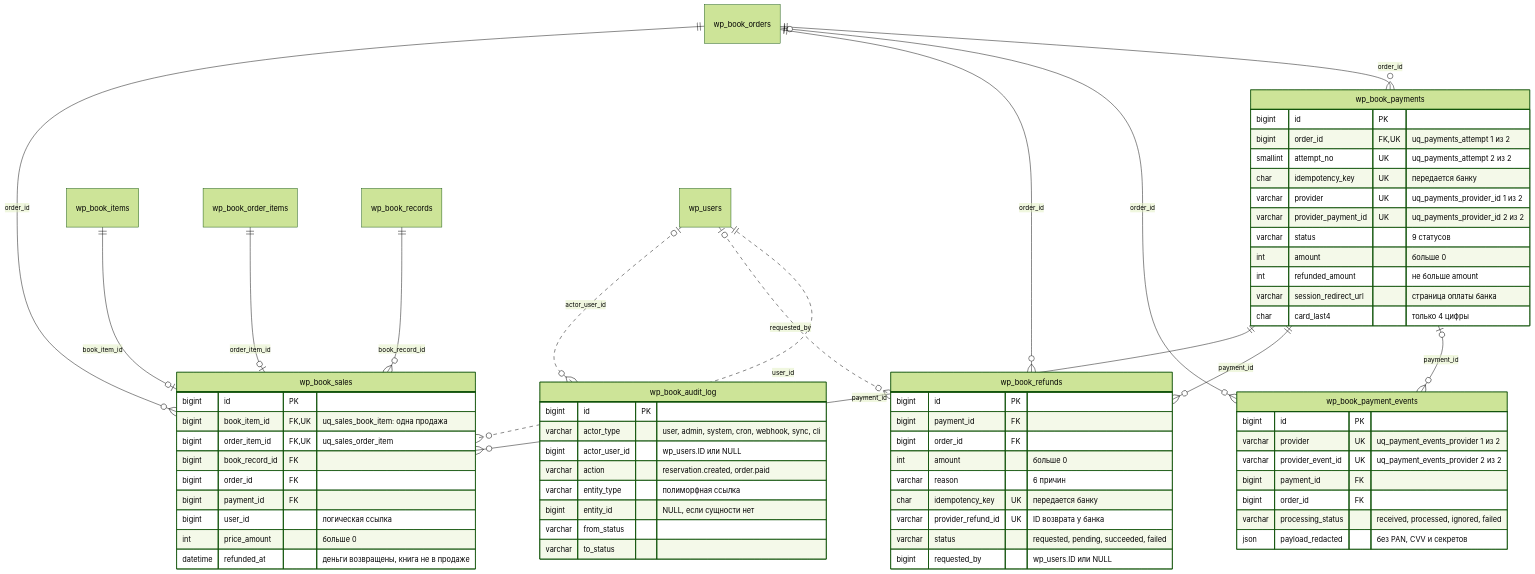
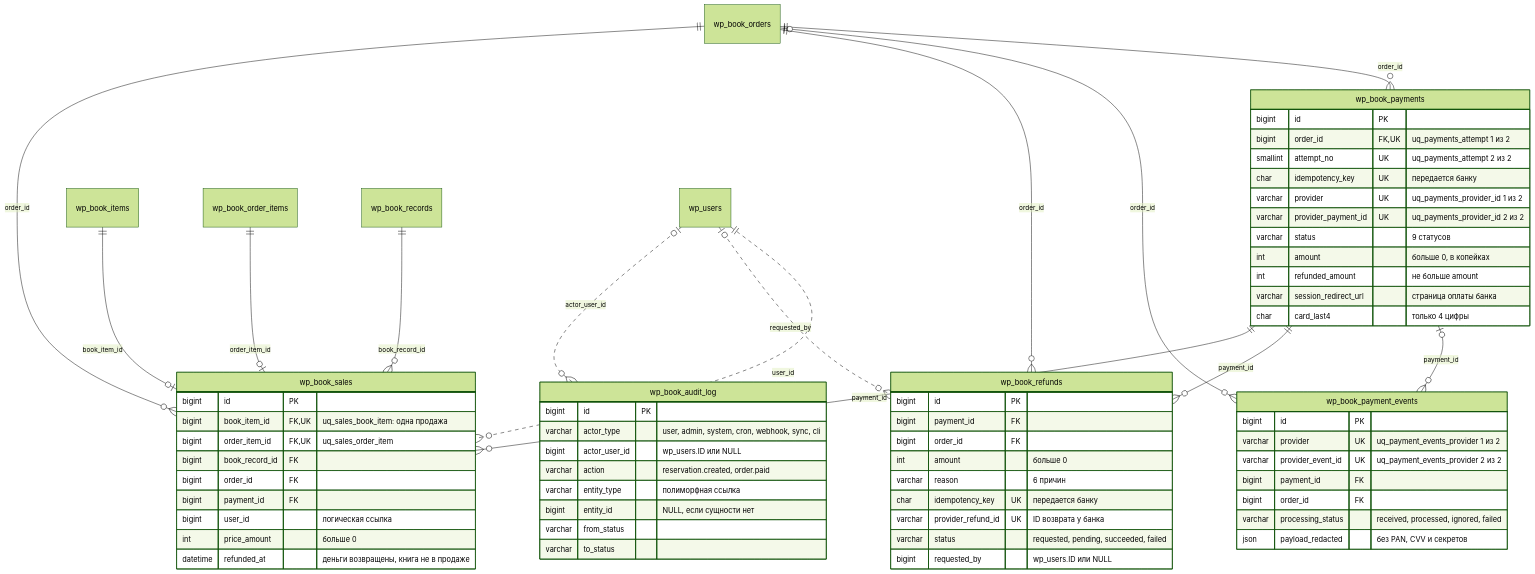
Before and after one commit to bomkot07/plan: the fourth of 4 diagrams in docs/02-er-diagram.md, drawn with Mermaid (forest theme). The commit also changed other lines of this file and 22 other files, not shown here.

First line of the commit message:
WIP: finish v2 code fixes, algorithms doc and schema/status/architecture docs

````diff
--- a/docs/02-er-diagram.md
+++ b/docs/02-er-diagram.md
@@ -282,71 +284,71 @@
 ```mermaid
 erDiagram
     wp_book_payments {
         bigint id PK
         bigint order_id FK, UK "uq_payments_attempt 1 из 2"
         smallint attempt_no UK "uq_payments_attempt 2 из 2"
         char idempotency_key UK "передается банку"
         varchar provider UK "uq_payments_provider_id 1 из 2"
         varchar provider_payment_id UK "uq_payments_provider_id 2 из 2"
         varchar status "9 статусов"
-        int amount "больше 0"
+        int amount "больше 0, в копейках"
         int refunded_amount "не больше amount"
         varchar session_redirect_url "страница оплаты банка"
         char card_last4 "только 4 цифры"
     }
     wp_book_payment_events {
         bigint id PK
         varchar provider UK "uq_payment_events_provider 1 из 2"
         varchar provider_event_id UK "uq_payment_events_provider 2 из 2"
         bigint payment_id FK
         bigint order_id FK
         varchar processing_status "received, processed, ignored, failed"
         json payload_redacted "без PAN, CVV и секретов"
     }
     wp_book_refunds {
         bigint id PK
         bigint payment_id FK
         bigint order_id FK
         int amount "больше 0"
         varchar reason "6 причин"
         char idempotency_key UK "передается банку"
         varchar provider_refund_id UK "ID возврата у банка"
         varchar status "requested, pending, succeeded, failed"
         bigint requested_by "wp_users.ID или NULL"
     }
     wp_book_sales {
         bigint id PK
         bigint book_item_id FK, UK "uq_sales_book_item: одна продажа"
         bigint order_item_id FK, UK "uq_sales_order_item"
         bigint book_record_id FK
         bigint order_id FK
         bigint payment_id FK
         bigint user_id "логическая ссылка"
         int price_amount "больше 0"
         datetime refunded_at "деньги возвращены, книга не в продаже"
     }
     wp_book_audit_log {
         bigint id PK
         varchar actor_type "user, admin, system, cron, webhook, sync, cli"
         bigint actor_user_id "wp_users.ID или NULL"
         varchar action "reservation.created, order.paid"
         varchar entity_type "полиморфная ссылка"
         bigint entity_id "NULL, если сущности нет"
         varchar from_status
         varchar to_status
     }
 
     wp_book_orders ||--o{ wp_book_payments : "order_id"
     wp_book_payments |o--o{ wp_book_payment_events : "payment_id"
     wp_book_orders |o--o{ wp_book_payment_events : "order_id"
     wp_book_payments ||--o{ wp_book_refunds : "payment_id"
     wp_book_orders ||--o{ wp_book_refunds : "order_id"
     wp_book_items ||--o| wp_book_sales : "book_item_id"
     wp_book_order_items ||--o| wp_book_sales : "order_item_id"
     wp_book_orders ||--o{ wp_book_sales : "order_id"
     wp_book_payments ||--o{ wp_book_sales : "payment_id"
     wp_book_records ||--o{ wp_book_sales : "book_record_id"
     wp_users ||..o{ wp_book_sales : "user_id"
     wp_users |o..o{ wp_book_refunds : "requested_by"
     wp_users |o..o{ wp_book_audit_log : "actor_user_id"
 ```
````
